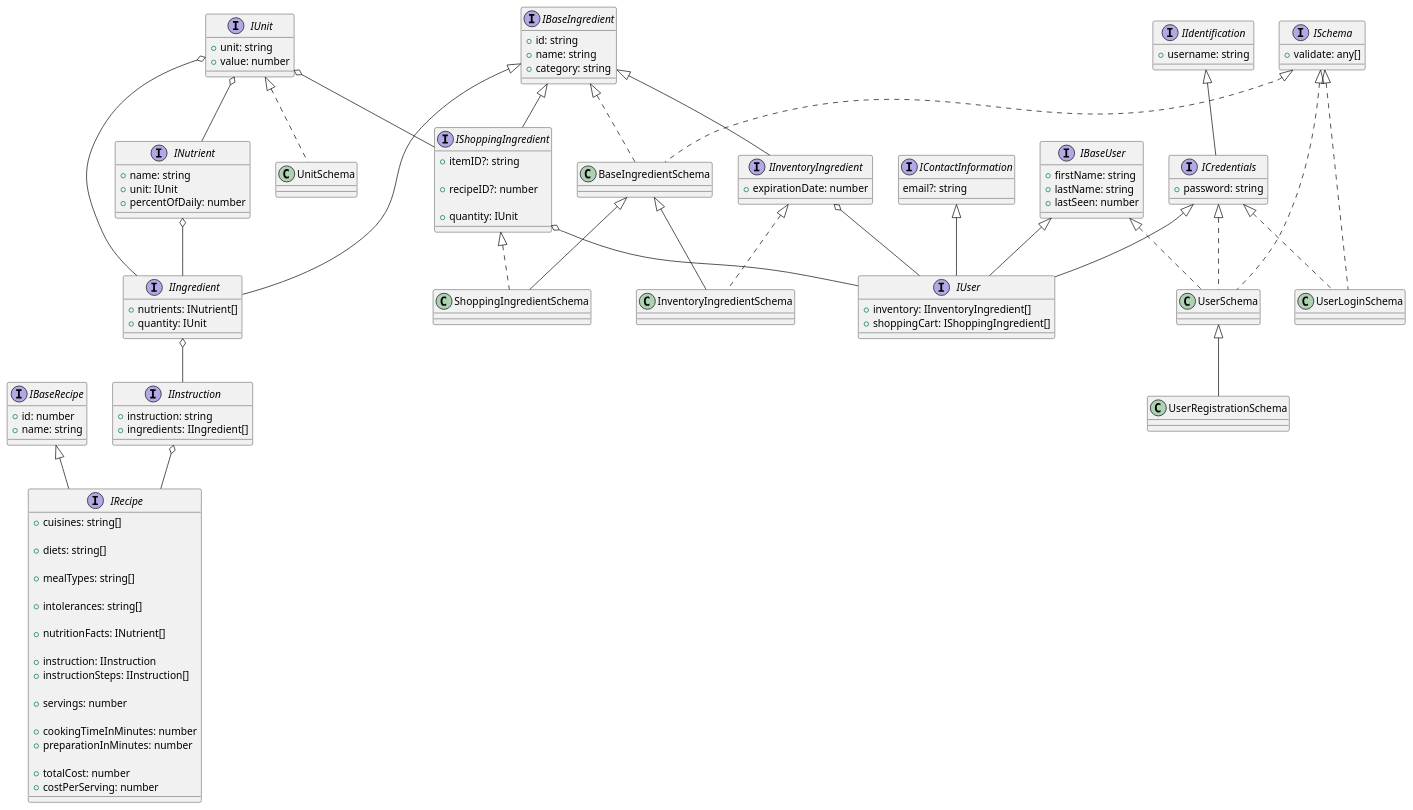
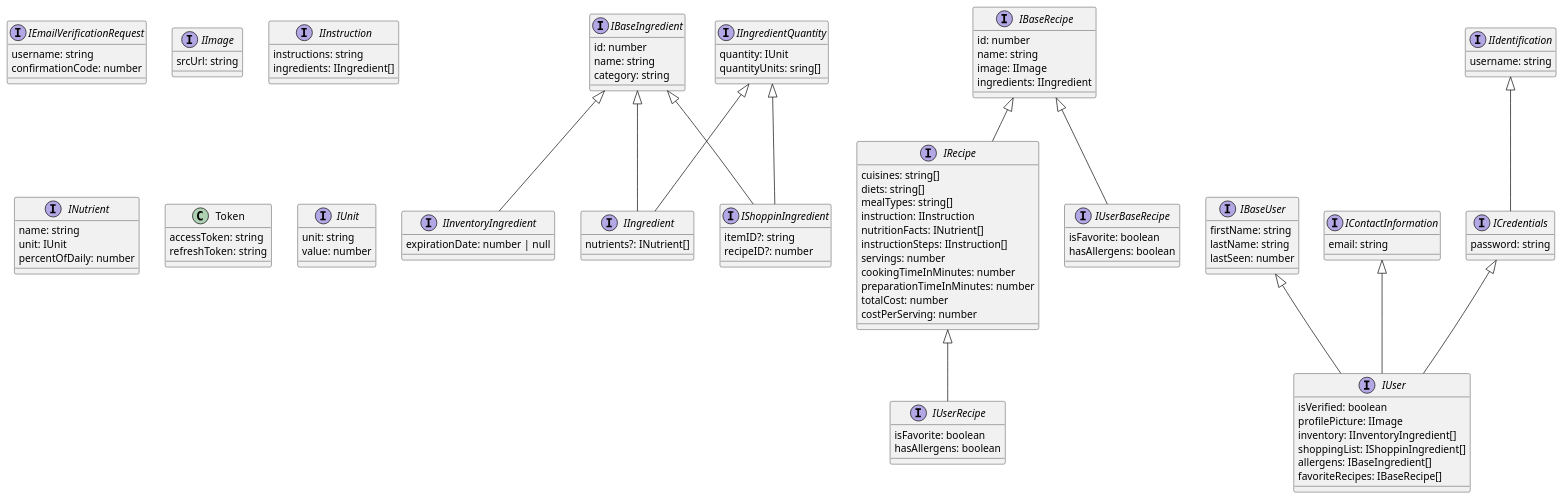
One commit to COP4331-LargeGroupProject-Fall22/backend changed the diagram in DataModel.puml. Above: the diagram before and after it, drawn with PlantUML. The commit also changed 12 other files, not shown here.

```diff
--- a/DataModel.puml
+++ b/DataModel.puml
@@ -1,118 +1,115 @@
 @startuml
 
+interface IEmailVerificationRequest {
+    username: string
+    confirmationCode: number
+}
+
+interface IImage {
+    srcUrl: string
+}
+
+interface IBaseIngredient {
+    id: number
+    name: string
+    category: string
+}
+
+interface IIngredientQuantity {
+    quantity: IUnit
+    quantityUnits: sring[]
+}
+
+interface IIngredient extends IBaseIngredient, IIngredientQuantity {
+    nutrients?: INutrient[]
+}
+
+interface IInventoryIngredient extends IBaseIngredient {
+    expirationDate: number | null
+}
+
+interface IShoppinIngredient extends IBaseIngredient, IIngredientQuantity {
+    itemID?: string
+    recipeID?: number
+}
+
+interface IInstruction {
+    instructions: string
+    ingredients: IIngredient[]
+}
+
+interface INutrient {
+    name: string
+    unit: IUnit
+    percentOfDaily: number
+}
+
 interface IBaseRecipe {
-    + id: number
-    + name: string
+    id: number
+    name: string
+    image: IImage
+    ingredients: IIngredient
 }
 
 interface IRecipe extends IBaseRecipe {
-    + cuisines: string[]
-
-    + diets: string[] 
-
-    + mealTypes: string[]
-
-    + intolerances: string[]
-
-    + nutritionFacts: INutrient[]
-
-    + instruction: IInstruction
-    + instructionSteps: IInstruction[]
-
-    + servings: number
-
-    + cookingTimeInMinutes: number
-    + preparationInMinutes: number
-
-    + totalCost: number
-    + costPerServing: number
+    cuisines: string[]
+    diets: string[]
+    mealTypes: string[]
+    instruction: IInstruction
+    nutritionFacts: INutrient[]
+    instructionSteps: IInstruction[]
+    servings: number
+    cookingTimeInMinutes: number
+    preparationTimeInMinutes: number
+    totalCost: number
+    costPerServing: number
 }
 
-IInstruction o-- IRecipe
-
-interface IInstruction {
-    + instruction: string
-    + ingredients: IIngredient[]
+interface IUserRecipe extends IRecipe {
+    isFavorite: boolean
+    hasAllergens: boolean
 }
 
-IIngredient o-- IInstruction
+interface IUserBaseRecipe extends IBaseRecipe {
+    isFavorite: boolean
+    hasAllergens: boolean
+}
+
+class Token {
+    accessToken: string
+    refreshToken: string
+}
+
+interface IUnit {
+    unit: string
+    value: number
+}
 
 interface IBaseUser {
-    + firstName: string
-    + lastName: string
-    + lastSeen: number
+    firstName: string
+    lastName: string
+    lastSeen: number
+}
+
+interface IContactInformation {
+    email: string
+}
+
+interface ICredentials extends IIdentification {
+    password: string
 }
 
 interface IIdentification {
-    + username: string
-}
-
-interface IContactInformation {
-    email?: string
-}
-
-interface ICredentials extends IIdentification {
-    + password: string
-}
-
-interface IBaseIngredient {
-    + id: string
-    + name: string
-    + category: string
-}
-
-interface IIngredient extends IBaseIngredient {
-    + nutrients: INutrient[]
-    + quantity: IUnit
-}
-
-IUnit o-- IIngredient
-
-interface IInventoryIngredient extends IBaseIngredient {
-    + expirationDate: number
-}
-
-interface IShoppingIngredient extends IBaseIngredient {
-    + itemID?: string
-
-    + recipeID?: number
-    
-    + quantity: IUnit
-}
-
-IUnit o-- IShoppingIngredient
-
-interface INutrient {
-    + name: string
-    + unit: IUnit
-    + percentOfDaily: number
-}
-
-interface IUnit {
-    + unit: string
-    + value: number
+    username: string
 }
 
 interface IUser extends IBaseUser, ICredentials, IContactInformation {
-    + inventory: IInventoryIngredient[]
-    + shoppingCart: IShoppingIngredient[]
+    isVerified: boolean
+    profilePicture: IImage
+    inventory: IInventoryIngredient[]
+    shoppingList: IShoppinIngredient[]
+    allergens: IBaseIngredient[]
+    favoriteRecipes: IBaseRecipe[]
 }
 
-interface ISchema {
-    + validate: any[]
-}
-
-class BaseIngredientSchema implements IBaseIngredient, ISchema {}
-class InventoryIngredientSchema extends BaseIngredientSchema implements IInventoryIngredient {}
-class ShoppingIngredientSchema extends BaseIngredientSchema implements IShoppingIngredient {}
-class UnitSchema implements IUnit {}
-class UserLoginSchema implements ICredentials, ISchema {}
-class UserRegistrationSchema extends UserSchema {}
-class UserSchema implements ISchema, IBaseUser, ICredentials {}
-
-IInventoryIngredient o-- IUser
-IShoppingIngredient o-- IUser
-INutrient o-- IIngredient
-IUnit o-- INutrient
-
 @enduml
```
